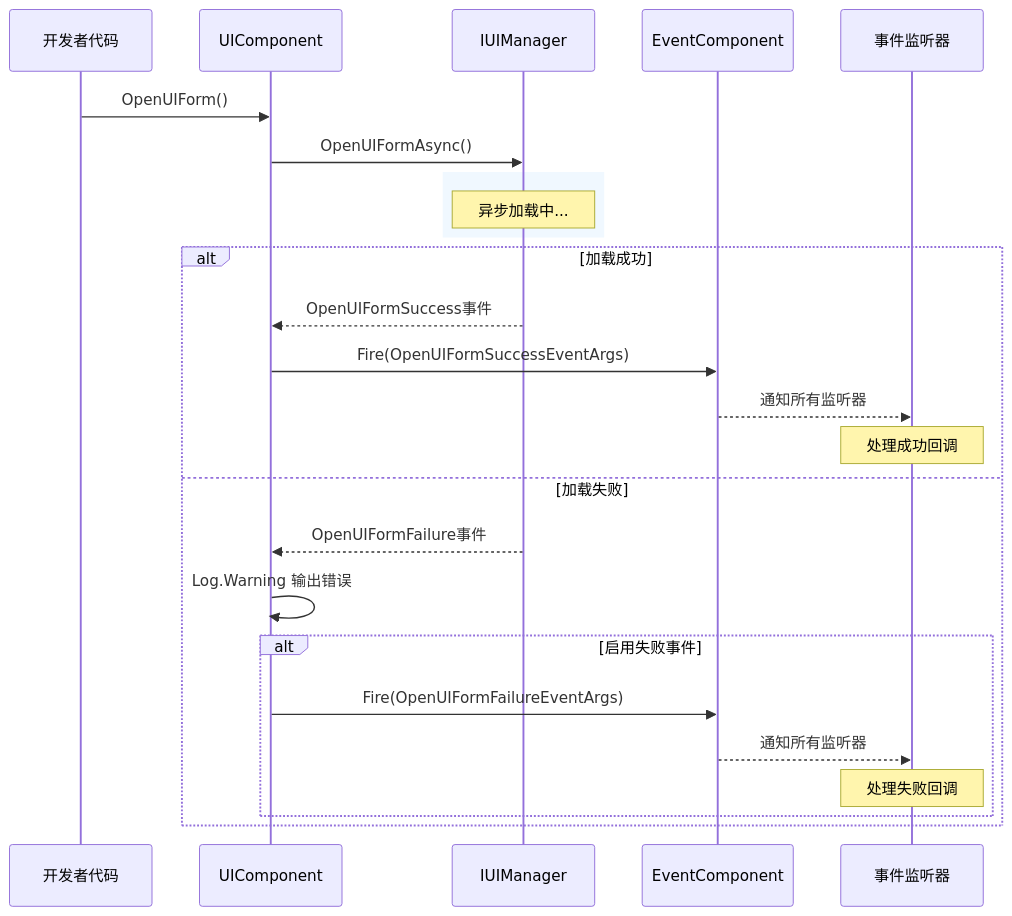
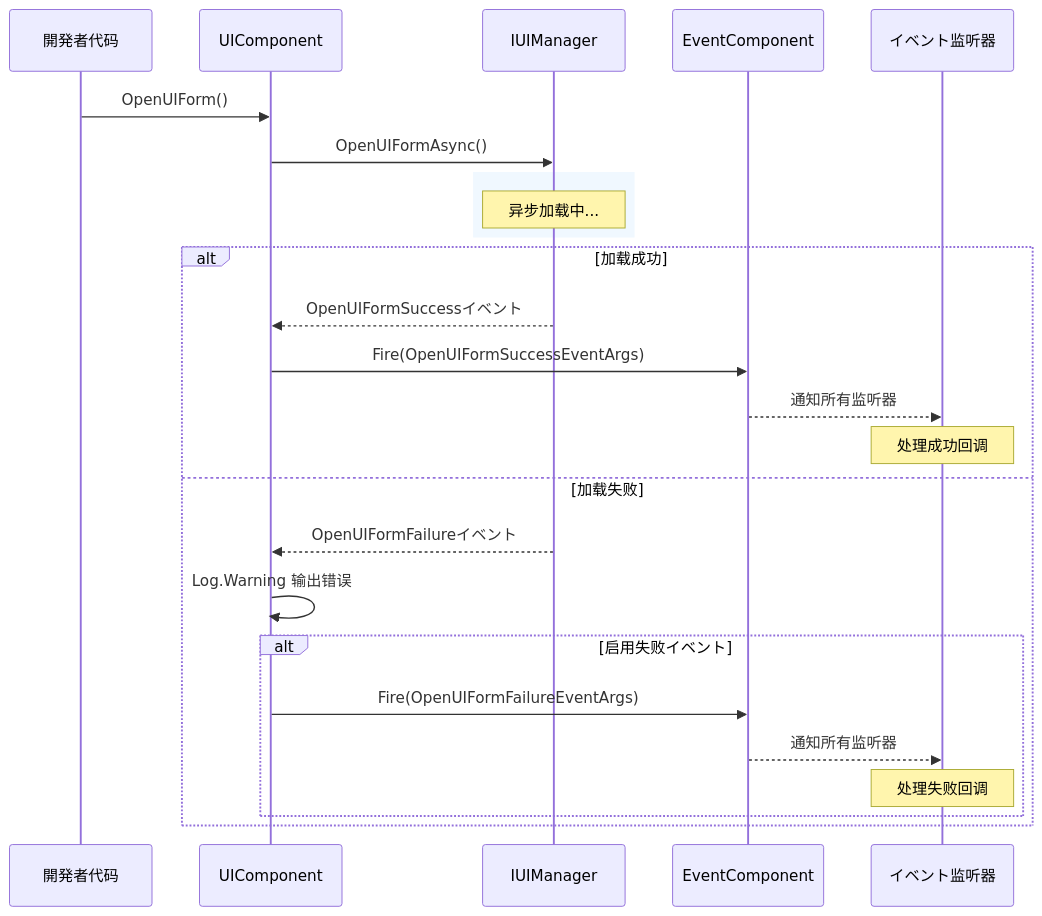
Before and after one commit to AlianBlank/GameFrameX.Docs: the second of 3 diagrams in docs/ja/client/unity/component/ui/08.event-system.md, drawn with Mermaid. The commit also changed other lines of this file and 603 other files, not shown here.

````diff
--- a/docs/ja/client/unity/component/ui/08.event-system.md
+++ b/docs/ja/client/unity/component/ui/08.event-system.md
@@ -435,30 +435,30 @@
 ```mermaid
 sequenceDiagram
-    participant User as 开发者代码
+    participant User as 開発者代码
     participant UIComp as UIComponent
     participant UIMgr as IUIManager
     participant EventComp as EventComponent
-    participant Listener as 事件监听器
+    participant Listener as イベント监听器
     
     User->>UIComp: OpenUIForm()
     UIComp->>UIMgr: OpenUIFormAsync()
     
     rect rgb(240, 248, 255)
         Note over UIMgr: 异步加载中...
     end
     
     alt 加载成功
-        UIMgr-->>UIComp: OpenUIFormSuccess事件
+        UIMgr-->>UIComp: OpenUIFormSuccessイベント
         UIComp->>EventComp: Fire(OpenUIFormSuccessEventArgs)
         EventComp-->>Listener: 通知所有监听器
         Note over Listener: 处理成功回调
     else 加载失败
-        UIMgr-->>UIComp: OpenUIFormFailure事件
+        UIMgr-->>UIComp: OpenUIFormFailureイベント
         UIComp->>UIComp: Log.Warning 输出错误
-        alt 启用失败事件
+        alt 启用失败イベント
             UIComp->>EventComp: Fire(OpenUIFormFailureEventArgs)
             EventComp-->>Listener: 通知所有监听器
             Note over Listener: 处理失败回调
         end
     end
 ```
````
